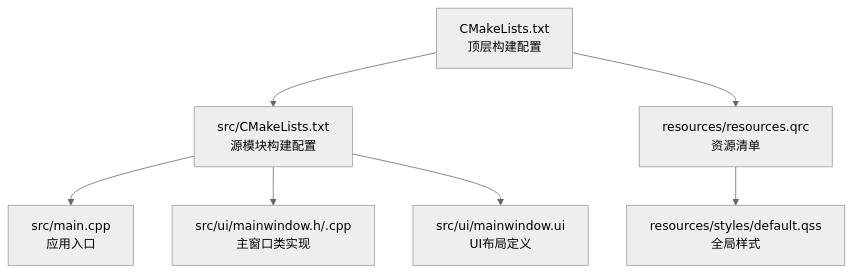
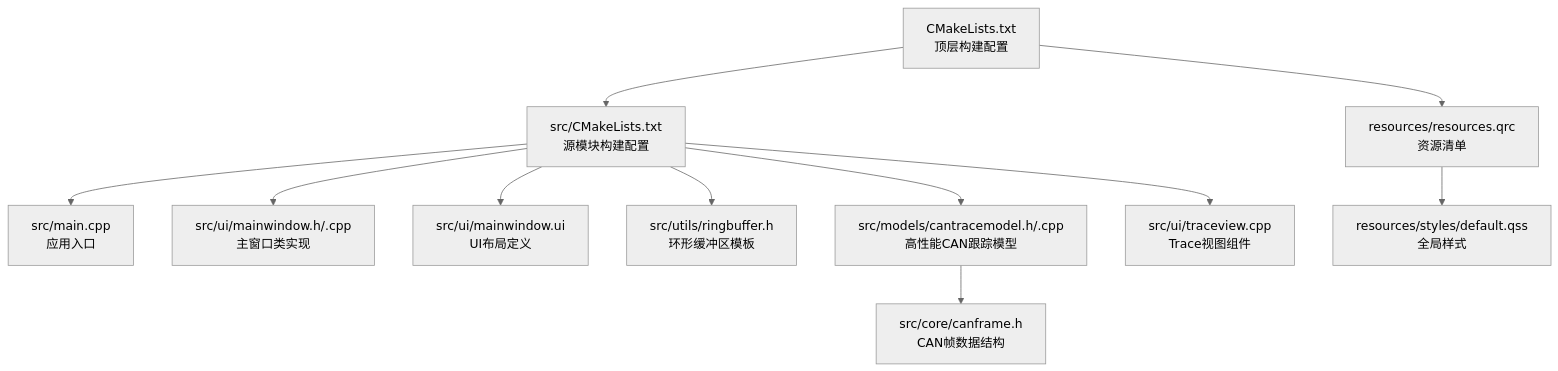
One commit to jakecai1225-design/OpenBus changed the first of 10 diagrams in .qoder/repowiki/zh/content/开发指南/性能优化.md. Above: the diagram before and after it, drawn with Mermaid (neutral theme). The commit also changed other lines of this file and 71 other files, not shown here.

Commit message:
graphic trace

````diff
--- a/.qoder/repowiki/zh/content/开发指南/性能优化.md
+++ b/.qoder/repowiki/zh/content/开发指南/性能优化.md
@@ -43,9 +58,13 @@
 ```mermaid
 graph TB
 A["CMakeLists.txt<br/>顶层构建配置"] --> B["src/CMakeLists.txt<br/>源模块构建配置"]
 B --> C["src/main.cpp<br/>应用入口"]
 B --> D["src/ui/mainwindow.h/.cpp<br/>主窗口类实现"]
 B --> E["src/ui/mainwindow.ui<br/>UI布局定义"]
 A --> F["resources/resources.qrc<br/>资源清单"]
 F --> G["resources/styles/default.qss<br/>全局样式"]
+B --> H["src/utils/ringbuffer.h<br/>环形缓冲区模板"]
+B --> I["src/models/cantracemodel.h/.cpp<br/>高性能CAN跟踪模型"]
+I --> J["src/core/canframe.h<br/>CAN帧数据结构"]
+B --> K["src/ui/traceview.cpp<br/>Trace视图组件"]
 ```
````
